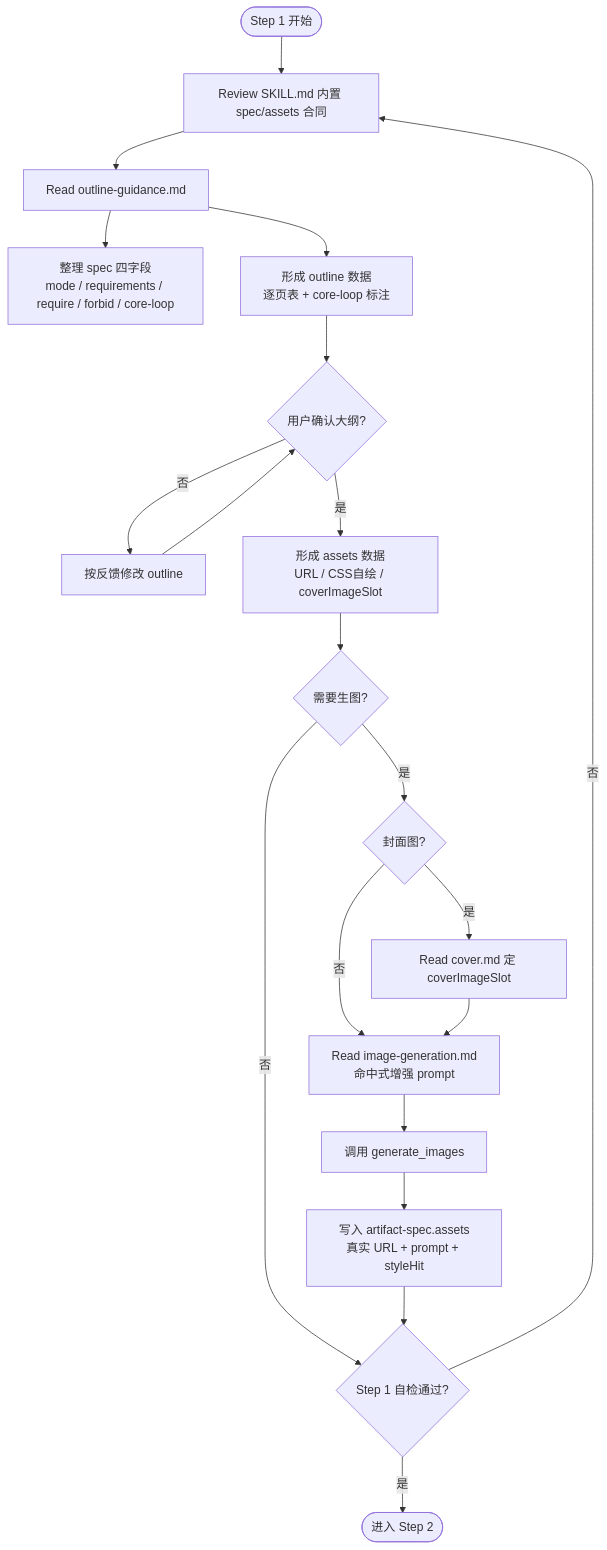
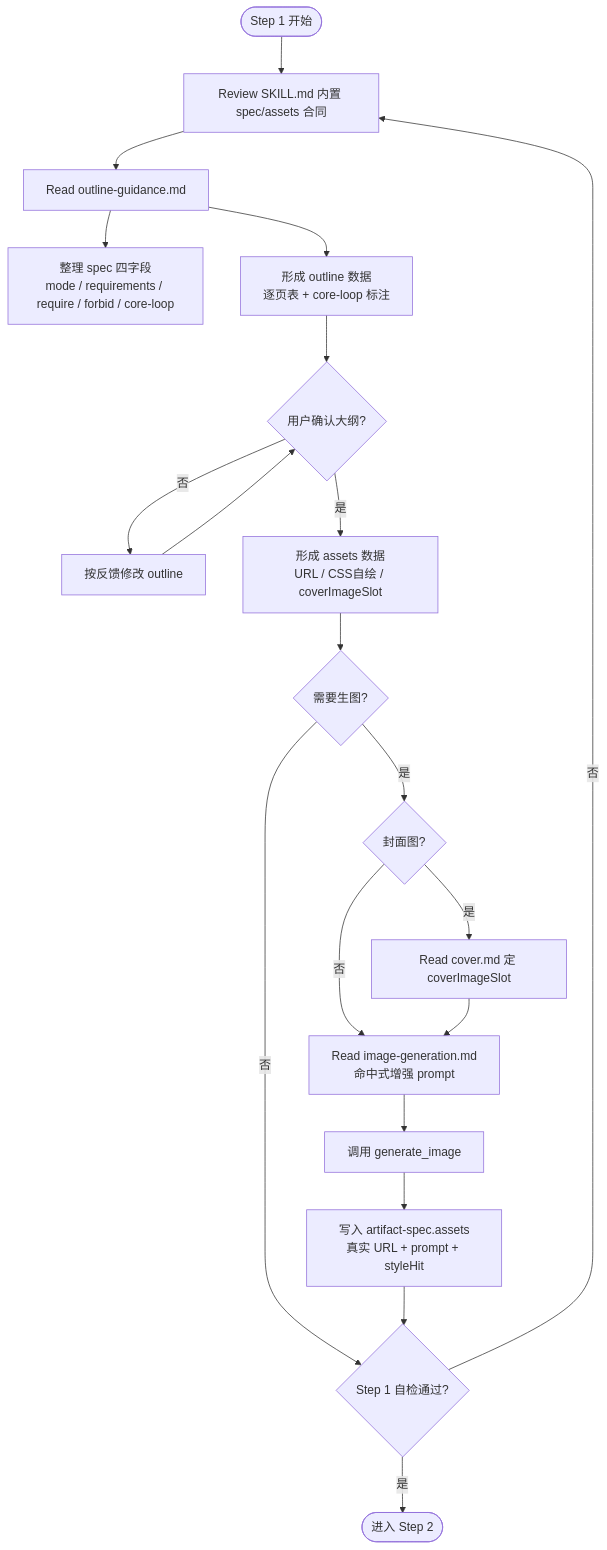
One commit to zhangyicheng95/feixiang-skill-test changed the second of 5 diagrams in .cursor/skills/教学HTML-Skills-v0.1.4-2026-07-27/courseware-generator/workflow.md. Above: the diagram before and after it, drawn with Mermaid. The commit also changed other lines of this file and 13 other files, not shown here.

````diff
--- a/.cursor/skills/教学HTML-Skills-v0.1.4-2026-07-27/courseware-generator/workflow.md
+++ b/.cursor/skills/教学HTML-Skills-v0.1.4-2026-07-27/courseware-generator/workflow.md
@@ -29,22 +29,22 @@
 ```mermaid
 flowchart TD
     S1_START([Step 1 开始]) --> R_CONTRACT[Review SKILL.md 内置 spec/assets 合同]
     R_CONTRACT --> R_OUTLINE[Read outline-guidance.md]
     R_OUTLINE --> SPEC[整理 spec 四字段<br/>mode / requirements / require / forbid / core-loop]
     R_OUTLINE --> W_OUTLINE[形成 outline 数据<br/>逐页表 + core-loop 标注]
     W_OUTLINE --> CONFIRM{用户确认大纲?}
     CONFIRM -->|否| REVISE[按反馈修改 outline]
     REVISE --> CONFIRM
     CONFIRM -->|是| W_ASSETS[形成 assets 数据<br/>URL / CSS自绘 / coverImageSlot]
     W_ASSETS --> IMG{需要生图?}
     IMG -->|是| SLOT{封面图?}
     SLOT -->|是| R_COVER[Read cover.md 定 coverImageSlot]
     SLOT -->|否| R_IMG[Read image-generation.md<br/>命中式增强 prompt]
     R_COVER --> R_IMG
-    R_IMG --> CALL_IMG[调用 generate_images]
+    R_IMG --> CALL_IMG[调用 generate_image]
     CALL_IMG --> REC[写入 artifact-spec.assets<br/>真实 URL + prompt + styleHit]
     IMG -->|否| S1_CHECK{Step 1 自检通过?}
     REC --> S1_CHECK
     S1_CHECK -->|否| R_CONTRACT
     S1_CHECK -->|是| S1_END([进入 Step 2])
 ```
````
